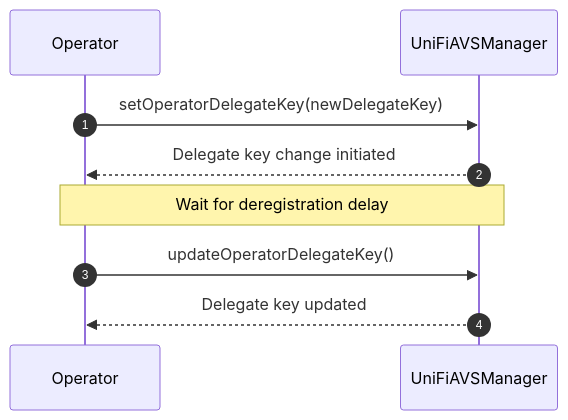
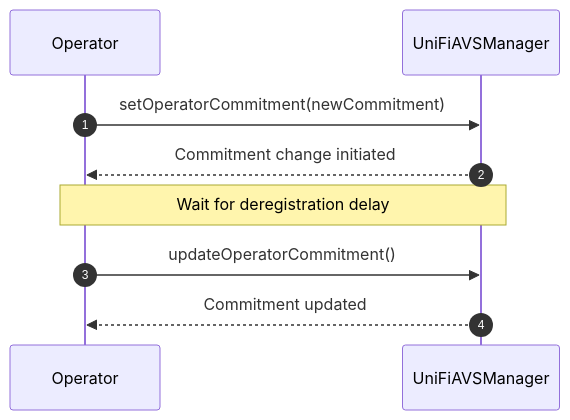
One commit to PufferFinance/UniFi changed the second of 3 diagrams in l1-contracts/docs/registration.md. Above: the diagram before and after it, drawn with Mermaid. The commit also changed other lines of this file, not shown here.

Commit message:
feat: Update Operator Commitment Registration section

````diff
--- a/l1-contracts/docs/registration.md
+++ b/l1-contracts/docs/registration.md
@@ -44,12 +44,12 @@
 ```mermaid
 sequenceDiagram
     autonumber
     participant Operator
     participant UniFiAVSManager
 
-    Operator->>UniFiAVSManager: setOperatorDelegateKey(newDelegateKey)
-    UniFiAVSManager-->>Operator: Delegate key change initiated
+    Operator->>UniFiAVSManager: setOperatorCommitment(newCommitment)
+    UniFiAVSManager-->>Operator: Commitment change initiated
     Note over Operator,UniFiAVSManager: Wait for deregistration delay
-    Operator->>UniFiAVSManager: updateOperatorDelegateKey()
-    UniFiAVSManager-->>Operator: Delegate key updated
+    Operator->>UniFiAVSManager: updateOperatorCommitment()
+    UniFiAVSManager-->>Operator: Commitment updated
 ```
````
